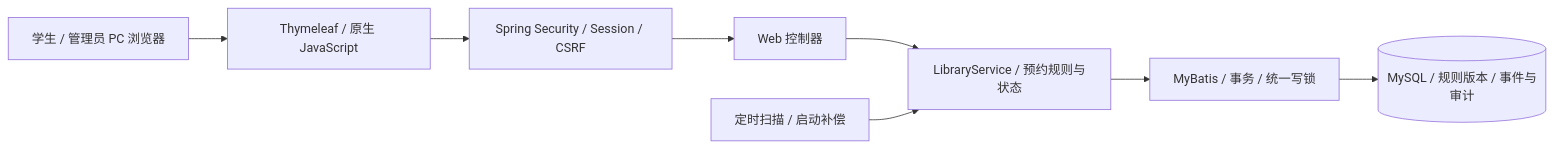
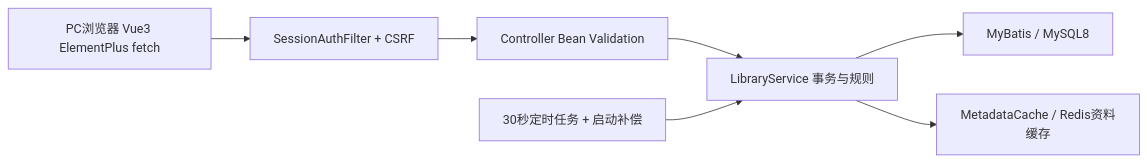
The first of 2 diagrams in docs/architecture-overview.md (17elr/library-seat-reservation-system), drawn with Mermaid before and after one commit. The commit also changed other lines of this file and 77 other files, not shown here.

First line of the commit message:
Migrate PC reservation UI to Vue with session auth and metadata cache

````diff
--- a/docs/architecture-overview.md
+++ b/docs/architecture-overview.md
@@ -3,10 +3,9 @@
 ```mermaid
 flowchart LR
-    U[学生 / 管理员 PC 浏览器] --> V[Thymeleaf / 原生 JavaScript]
-    V --> A[Spring Security / Session / CSRF]
-    A --> C[Web 控制器]
-    C --> S[LibraryService / 预约规则与状态]
-    T[定时扫描 / 启动补偿] --> S
-    S --> M[MyBatis / 事务 / 统一写锁]
-    M --> DB[(MySQL / 规则版本 / 事件与审计)]
+ B[PC浏览器 Vue3 ElementPlus fetch] --> F[SessionAuthFilter + CSRF]
+ F --> C[Controller Bean Validation]
+ C --> S[LibraryService 事务与规则]
+ S --> M[MyBatis / MySQL8]
+ S --> R[MetadataCache / Redis资料缓存]
+ T[30秒定时任务 + 启动补偿] --> S
 ```
````
